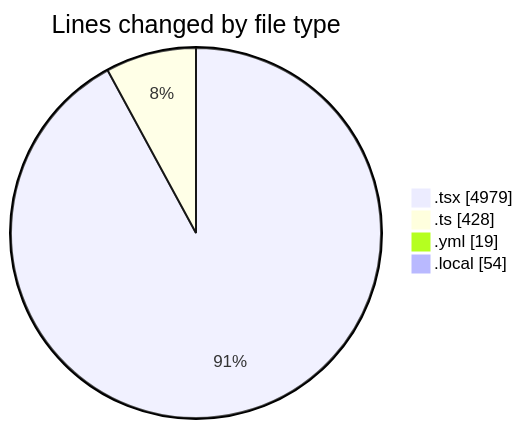
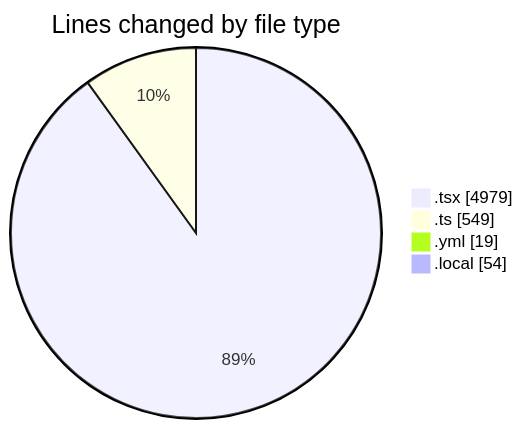
Before and after one commit to julien-gomy/code-tracking: the first of 2 diagrams in 2025-11-18/eventscop-frontend-guide__workspace_/README.md, drawn with Mermaid. The commit also changed other lines of this file and 1 other file, not shown here.

````diff
--- a/2025-11-18/eventscop-frontend-guide__workspace_/README.md
+++ b/2025-11-18/eventscop-frontend-guide__workspace_/README.md
@@ -63,8 +64,8 @@
 ```mermaid
 pie showData
 title Lines changed by file type
 ".tsx" : 4979
-".ts" : 428
+".ts" : 549
 ".yml" : 19
 ".local" : 54
 ```
````
